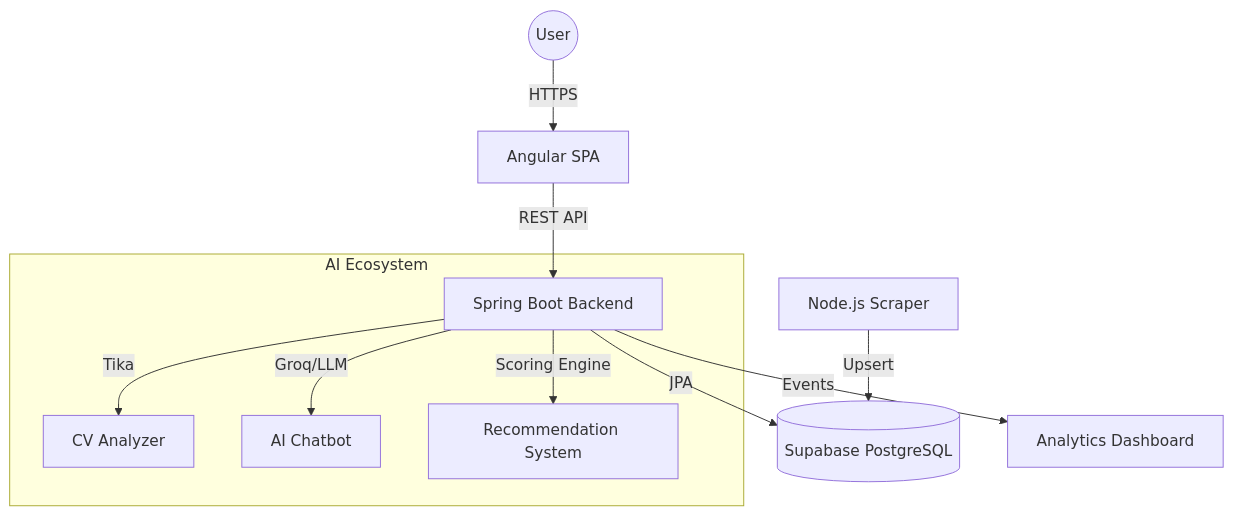
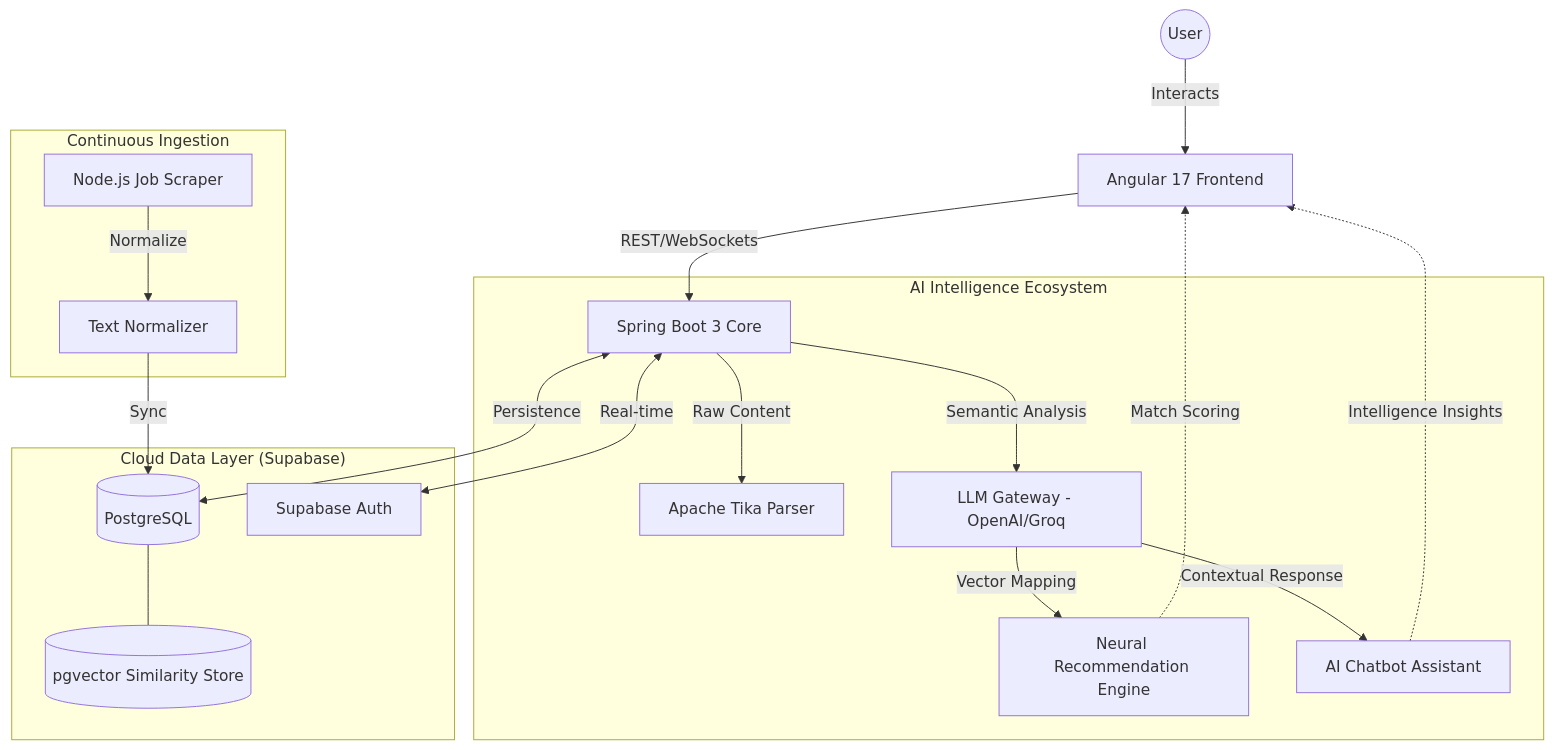
One commit to ArrinPaul/Smart-Job-Application-System changed the first of 4 diagrams in README.md. Above: the diagram before and after it, drawn with Mermaid. The commit also changed other lines of this file and 3 other files, not shown here.

Commit message:
feat: Revamp landing page with unified showcase and intelligence layer sections

````diff
--- a/README.md
+++ b/README.md
@@ -53,15 +24,26 @@
 ```mermaid
 graph TD
-    User((User)) -->|HTTPS| FE[Angular SPA]
-    FE -->|REST API| BE[Spring Boot Backend]
-    
-    subgraph "AI Ecosystem"
-        BE -->|Tika| CV[CV Analyzer]
-        BE -->|Groq/LLM| CHAT[AI Chatbot]
-        BE -->|Scoring Engine| REC[Recommendation System]
+    User((User)) -->|Interacts| FE[Angular 17 Frontend]
+    FE -->|REST/WebSockets| BE[Spring Boot 3 Core]
+
+    subgraph "AI Intelligence Ecosystem"
+        BE -->|Raw Content| TIKA[Apache Tika Parser]
+        BE -->|Semantic Analysis| LLM[LLM Gateway - OpenAI/Groq]
+        LLM -->|Vector Mapping| REC[Neural Recommendation Engine]
+        LLM -->|Contextual Response| BOT[AI Chatbot Assistant]
     end
 
-    BE -->|JPA| DB[(Supabase PostgreSQL)]
-    SCRAPE[Node.js Scraper] -->|Upsert| DB
-    BE -->|Events| CACHE[Analytics Dashboard]
+    subgraph "Cloud Data Layer (Supabase)"
+        BE <-->|Persistence| DB[(PostgreSQL)]
+        DB --- VEC[(pgvector Similarity Store)]
+        BE <-->|Real-time| AUTH[Supabase Auth]
+    end
+
+    subgraph "Continuous Ingestion"
+        SCRAPE[Node.js Job Scraper] -->|Normalize| NORM[Text Normalizer]
+        NORM -->|Sync| DB
+    end
+
+    REC -.->|Match Scoring| FE
+    BOT -.->|Intelligence Insights| FE
 ```
````
